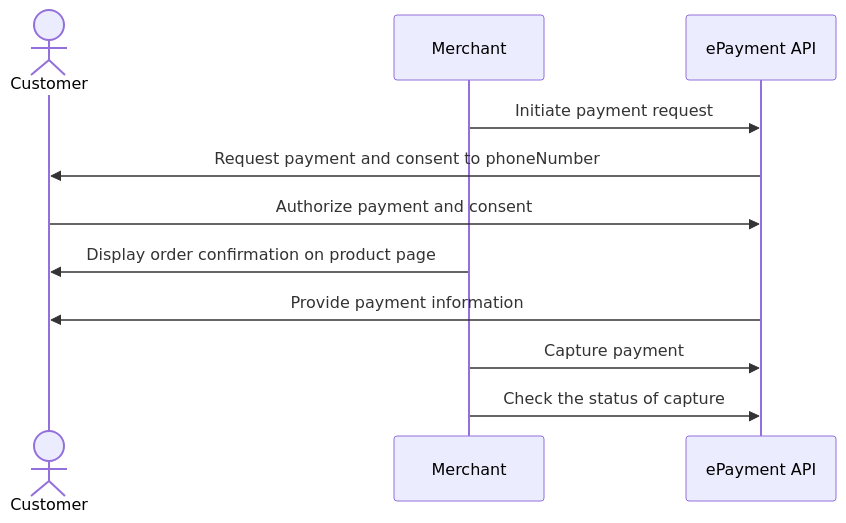
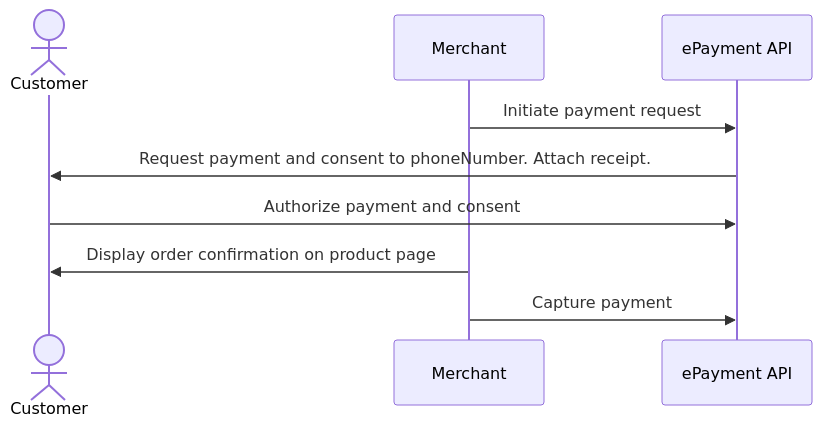
The diagram in invoice-through-epayments/payment-with-share-phone-number.md (vippsas/vipps-solutions), drawn with Mermaid before and after one commit. The commit also changed other lines of this file and 16 other files, not shown here.

````diff
--- a/invoice-through-epayments/payment-with-share-phone-number.md
+++ b/invoice-through-epayments/payment-with-share-phone-number.md
@@ -179,14 +176,12 @@
 ``` mermaid
 sequenceDiagram
     actor C as Customer
     participant M as Merchant
     participant ePayment as ePayment API
     
     M->>ePayment: Initiate payment request
-    ePayment->>C: Request payment and consent to phoneNumber
+    ePayment->>C: Request payment and consent to phoneNumber. Attach receipt.
     C->>ePayment: Authorize payment and consent
     M->>C: Display order confirmation on product page
-    ePayment->>C: Provide payment information
-    M->>ePayment: Capture payment 
-    M->>ePayment: Check the status of capture
+    M->>ePayment: Capture payment
 ```
````
